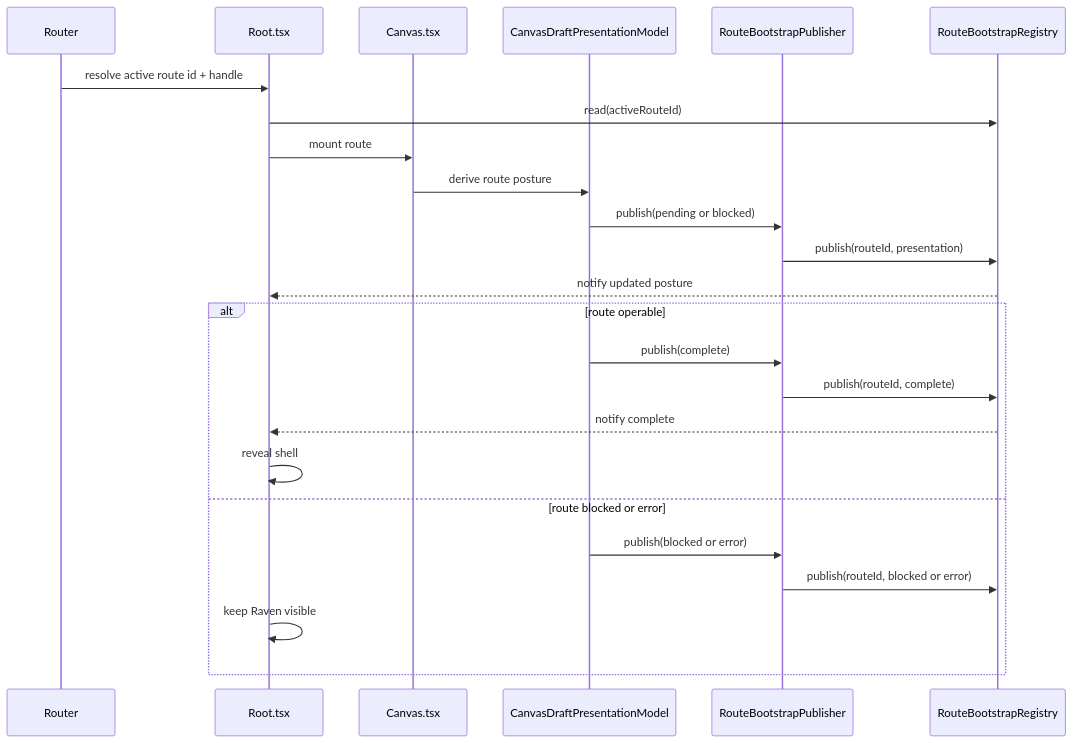
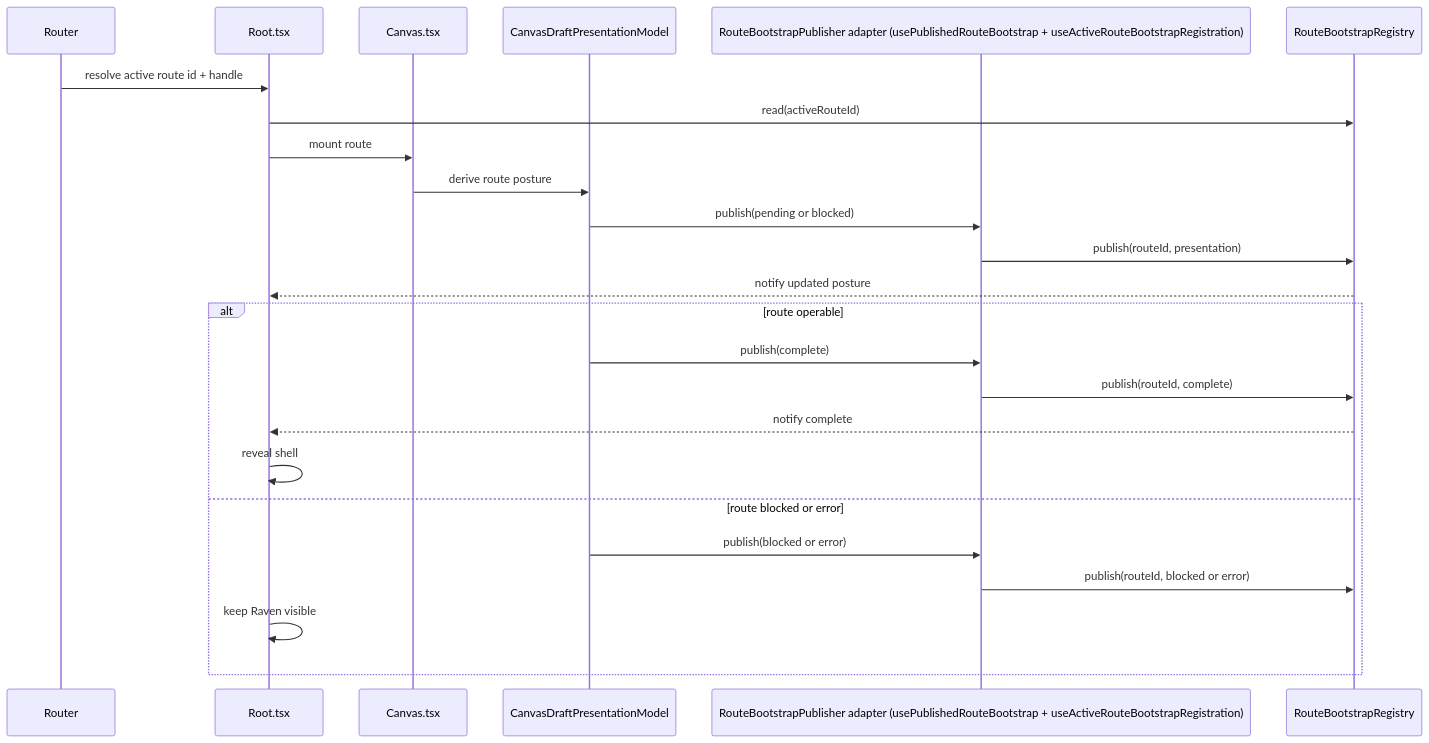
Before and after one commit to dunay2/dvt: the fifth of 9 diagrams in docs/planning/proposals/mandatory/frontend-and-ux/tf-e2-canvas-target-architecture-execution-plan-20260417.md, drawn with Mermaid. The commit also changed other lines of this file and 34 other files, not shown here.

Commit message:
refactor(web): Split route bootstrap ownership and align graph docs

````diff
--- a/docs/planning/proposals/mandatory/frontend-and-ux/tf-e2-canvas-target-architecture-execution-plan-20260417.md
+++ b/docs/planning/proposals/mandatory/frontend-and-ux/tf-e2-canvas-target-architecture-execution-plan-20260417.md
@@ -452,27 +497,27 @@
 ```mermaid
 sequenceDiagram
   participant Router as Router
   participant Root as Root.tsx
   participant Canvas as Canvas.tsx
   participant Presentation as CanvasDraftPresentationModel
-  participant Publisher as RouteBootstrapPublisher
+  participant Publisher as RouteBootstrapPublisher adapter (usePublishedRouteBootstrap + useActiveRouteBootstrapRegistration)
   participant Registry as RouteBootstrapRegistry
 
   Router->>Root: resolve active route id + handle
   Root->>Registry: read(activeRouteId)
   Root->>Canvas: mount route
   Canvas->>Presentation: derive route posture
   Presentation->>Publisher: publish(pending or blocked)
   Publisher->>Registry: publish(routeId, presentation)
   Registry-->>Root: notify updated posture
   alt route operable
     Presentation->>Publisher: publish(complete)
     Publisher->>Registry: publish(routeId, complete)
     Registry-->>Root: notify complete
     Root->>Root: reveal shell
   else route blocked or error
     Presentation->>Publisher: publish(blocked or error)
     Publisher->>Registry: publish(routeId, blocked or error)
     Root->>Root: keep Raven visible
   end
 ```
````
